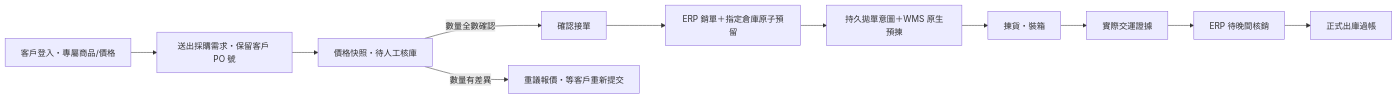
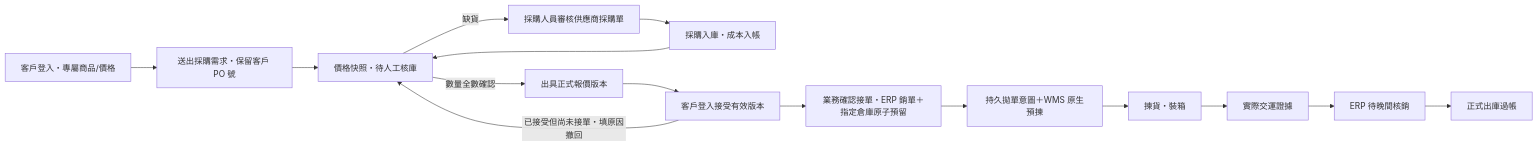
The diagram in docs/ERP_B2B_INVENTORY_IMPLEMENTATION_2026-09-23.md (moztechCEE/ecom-accounting-system-), drawn with Mermaid before and after one commit. The commit also changed other lines of this file and 37 other files, not shown here.

````diff
--- a/docs/ERP_B2B_INVENTORY_IMPLEMENTATION_2026-09-23.md
+++ b/docs/ERP_B2B_INVENTORY_IMPLEMENTATION_2026-09-23.md
@@ -7,13 +7,17 @@
 ```mermaid
 flowchart LR
   A[客戶登入・專屬商品/價格] --> B[送出採購需求・保留客戶 PO 號]
   B --> C[價格快照・待人工核庫]
-  C -->|數量全數確認| D[確認接單]
-  C -->|數量有差異| R[重議報價・等客戶重新提交]
-  D --> E[ERP 銷單＋指定倉庫原子預留]
-  E --> F[持久拋單意圖＋WMS 原生預揀]
-  F --> G[揀貨・裝箱]
+  C -->|缺貨| P[採購人員審核供應商採購單]
+  P --> Q[採購入庫・成本入帳]
+  Q --> C
+  C -->|數量全數確認| D[出具正式報價版本]
+  D --> E[客戶登入接受有效版本]
+  E -->|已接受但尚未接單・填原因撤回| C
+  E --> F[業務確認接單・ERP 銷單＋指定倉庫原子預留]
+  F --> W[持久拋單意圖＋WMS 原生預揀]
+  W --> G[揀貨・裝箱]
   G --> H[實際交運證據]
   H --> I[ERP 待晚間核銷]
   I --> J[正式出庫過帳]
 ```
````
